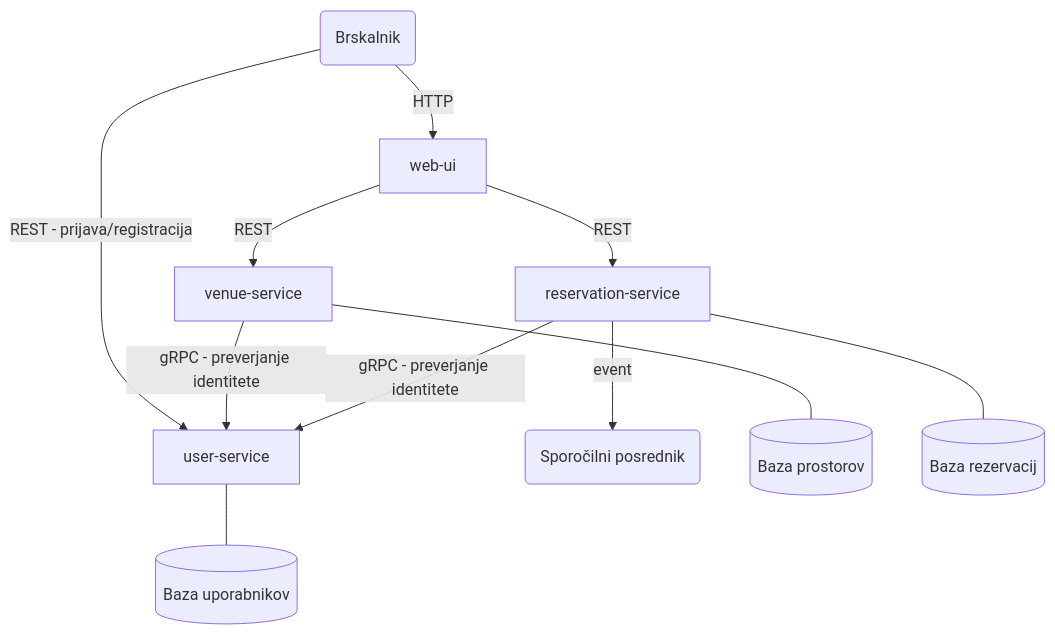
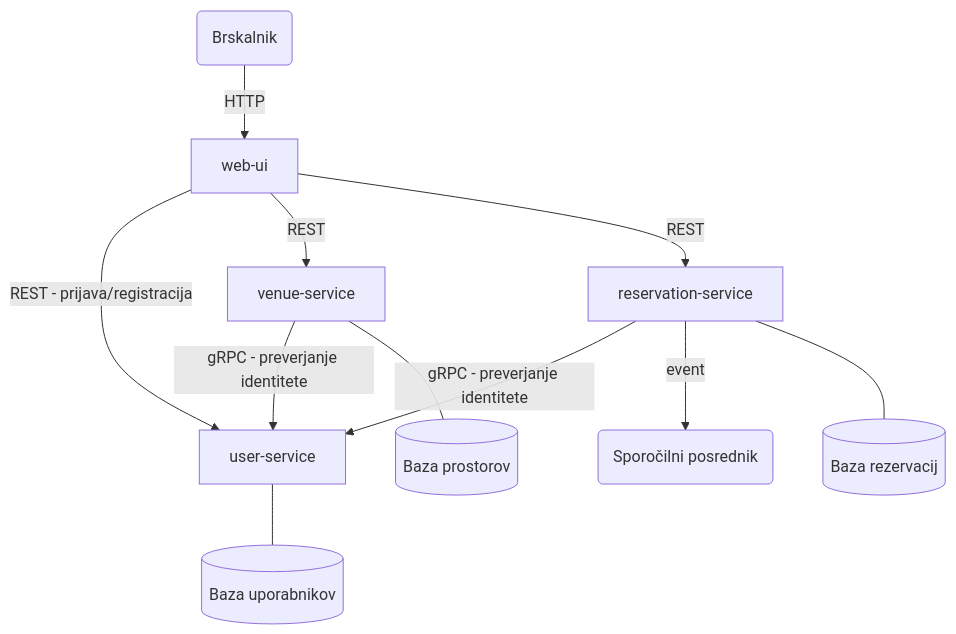
Before and after one commit to brinpsunder/venue-rental: the diagram in README.md, drawn with Mermaid.

````diff
--- a/README.md
+++ b/README.md
@@ -21,19 +21,19 @@
 ```mermaid
 graph TD
     Browser(Brskalnik)
 
     Browser -->|HTTP| WebUI[web-ui]
-    Browser -->|REST - prijava/registracija| UserService[user-service]
 
+    WebUI -->|REST - prijava/registracija| UserService[user-service]
     WebUI -->|REST| VenueService[venue-service]
     WebUI -->|REST| ReservationService[reservation-service]
 
     VenueService -->|gRPC - preverjanje identitete| UserService
     ReservationService -->|gRPC - preverjanje identitete| UserService
 
     ReservationService -->|event| Broker(Sporočilni posrednik)
 
     UserService --- DB1[(Baza uporabnikov)]
     VenueService --- DB2[(Baza prostorov)]
     ReservationService --- DB3[(Baza rezervacij)]
 ```
````
